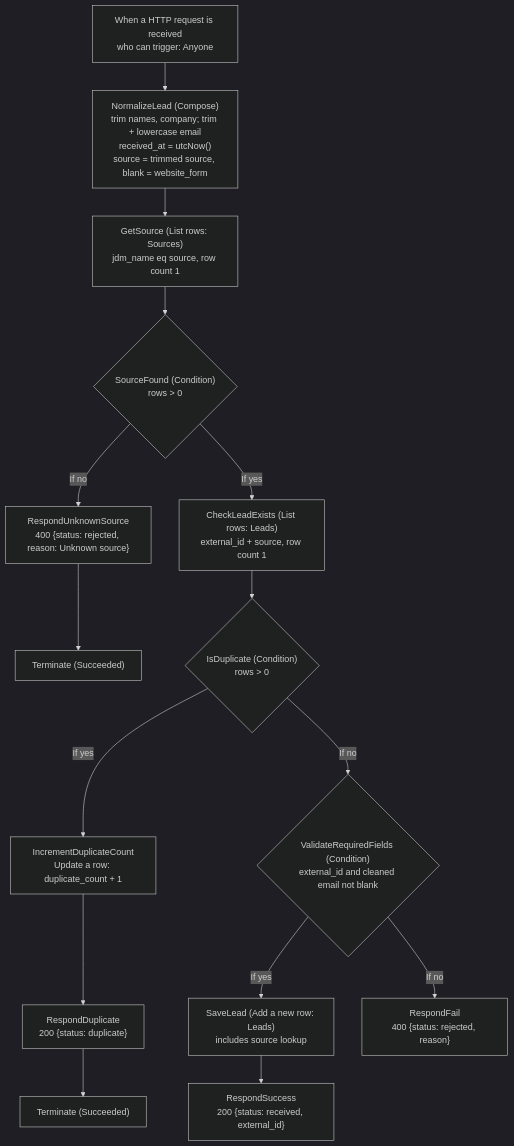
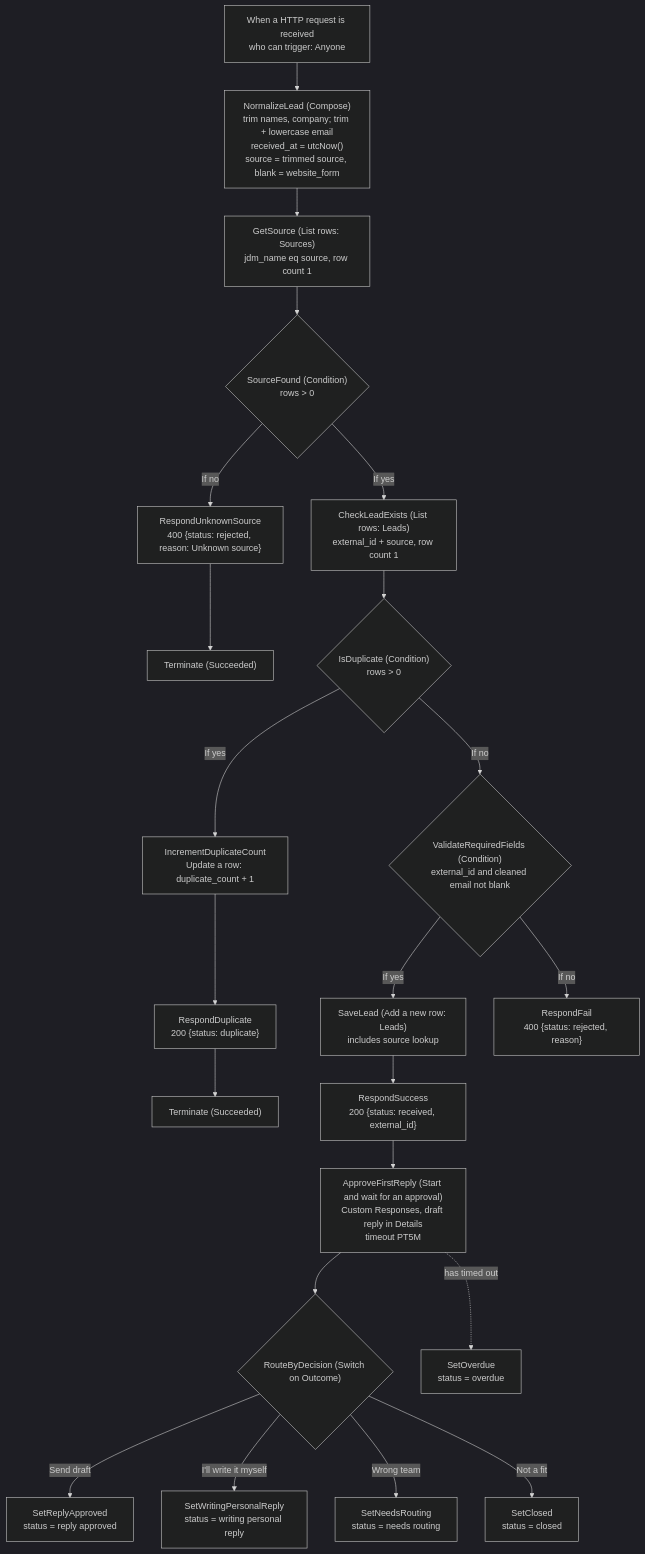
One commit to jdmaurer/ai-automation-lab changed the diagram in cases/rivertown-lead-intake/power-automate/README.md. Above: the diagram before and after it, drawn with Mermaid (dark theme). The commit also changed other lines of this file and 13 other files, not shown here.

First line of the commit message:
Approvals block: approval map, first-reply approval, T8-T10, DEMO-02

````diff
--- a/cases/rivertown-lead-intake/power-automate/README.md
+++ b/cases/rivertown-lead-intake/power-automate/README.md
@@ -17,13 +19,20 @@
 ```mermaid
 flowchart TD
     A["When a HTTP request is received<br/>who can trigger: Anyone"] --> B["NormalizeLead (Compose)<br/>trim names, company; trim + lowercase email<br/>received_at = utcNow()<br/>source = trimmed source, blank = website_form"]
     B --> C["GetSource (List rows: Sources)<br/>jdm_name eq source, row count 1"]
     C --> D{"SourceFound (Condition)<br/>rows > 0"}
     D -- If no --> E["RespondUnknownSource<br/>400 {status: rejected, reason: Unknown source}"] --> E2["Terminate (Succeeded)"]
     D -- If yes --> F["CheckLeadExists (List rows: Leads)<br/>external_id + source, row count 1"]
     F --> G{"IsDuplicate (Condition)<br/>rows > 0"}
     G -- If yes --> H["IncrementDuplicateCount<br/>Update a row: duplicate_count + 1"] --> I["RespondDuplicate<br/>200 {status: duplicate}"] --> I2["Terminate (Succeeded)"]
     G -- If no --> J{"ValidateRequiredFields (Condition)<br/>external_id and cleaned email not blank"}
     J -- If yes --> K["SaveLead (Add a new row: Leads)<br/>includes source lookup"] --> L["RespondSuccess<br/>200 {status: received, external_id}"]
+    L --> N["ApproveFirstReply (Start and wait for an approval)<br/>Custom Responses, draft reply in Details<br/>timeout PT5M"]
+    N --> O{"RouteByDecision (Switch on Outcome)"}
+    O -- Send draft --> O1["SetReplyApproved<br/>status = reply approved"]
+    O -- I'll write it myself --> O2["SetWritingPersonalReply<br/>status = writing personal reply"]
+    O -- Wrong team --> O3["SetNeedsRouting<br/>status = needs routing"]
+    O -- Not a fit --> O4["SetClosed<br/>status = closed"]
+    N -. has timed out .-> P["SetOverdue<br/>status = overdue"]
     J -- If no --> M["RespondFail<br/>400 {status: rejected, reason}"]
 ```
````
